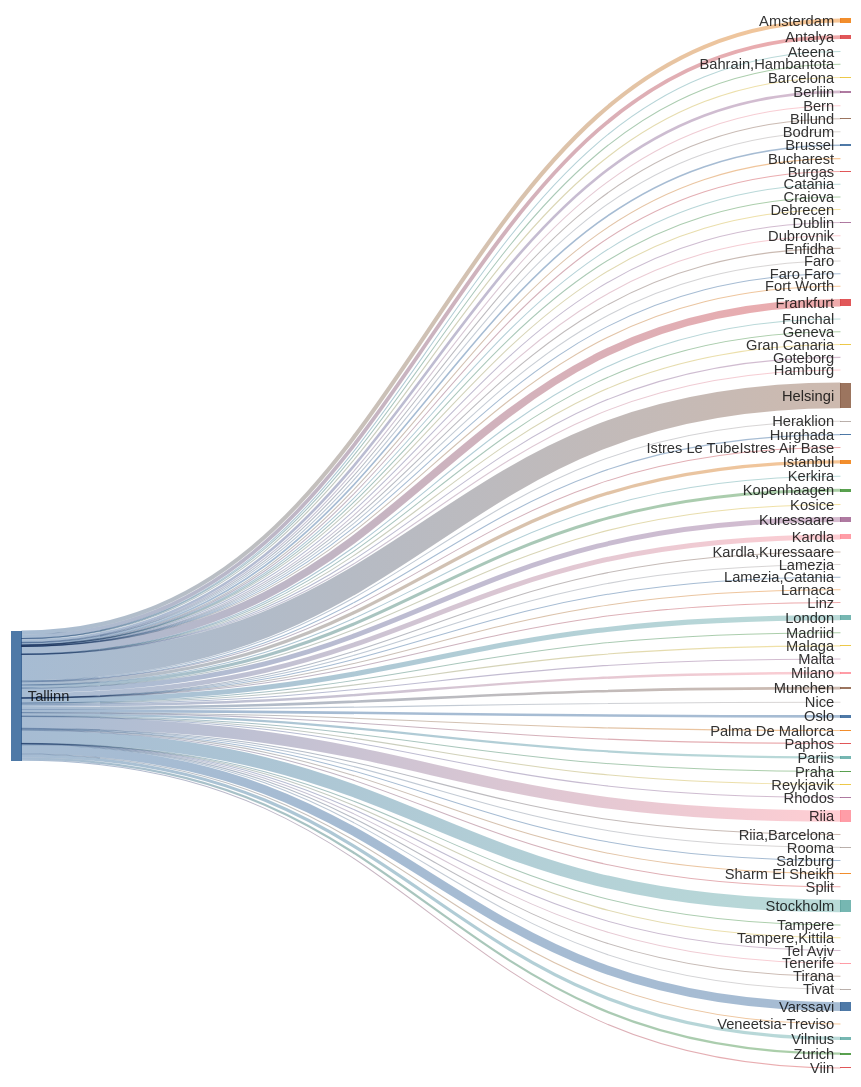
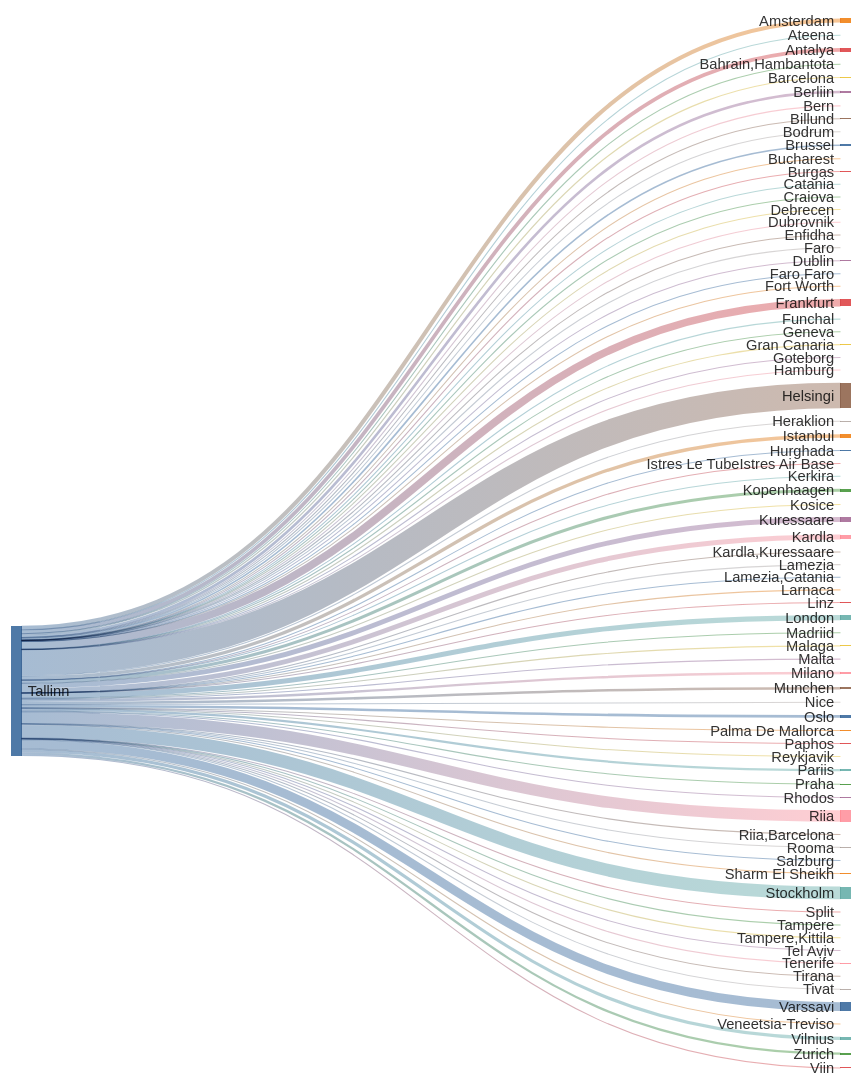
Before and after one commit to rainermesi/tll-airport-departures: the second of 2 diagrams in README.md, drawn with Mermaid. The commit also changed other lines of this file and 1 other file, not shown here.

````diff
--- a/README.md
+++ b/README.md
@@ -41,16 +41,16 @@
 ---
 sankey-beta
 %% source,target,value
-Tallinn,Amsterdam,443
-Tallinn,Antalya,407
+Tallinn,Amsterdam,445
+Tallinn,Antalya,409
 Tallinn,Ateena,16
 Tallinn,"Bahrain,Hambantota",1
-Tallinn,Barcelona,123
+Tallinn,Barcelona,125
 Tallinn,Berliin,284
 Tallinn,Bern,1
-Tallinn,Billund,71
+Tallinn,Billund,72
 Tallinn,Bodrum,11
-Tallinn,Brussel,176
+Tallinn,Brussel,177
 Tallinn,Bucharest,1
 Tallinn,Burgas,50
 Tallinn,Catania,2
@@ -62,30 +62,30 @@
 Tallinn,Faro,4
 Tallinn,"Faro,Faro",1
 Tallinn,Fort Worth,1
-Tallinn,Frankfurt,819
+Tallinn,Frankfurt,822
 Tallinn,Funchal,5
 Tallinn,Geneva,13
 Tallinn,Gran Canaria,38
 Tallinn,Goteborg,2
 Tallinn,Hamburg,2
-Tallinn,Helsingi,2772
-Tallinn,Heraklion,88
+Tallinn,Helsingi,2781
+Tallinn,Heraklion,89
 Tallinn,Hurghada,75
-Tallinn,Istanbul,363
+Tallinn,Istanbul,364
 Tallinn,Istres Le TubeIstres Air Base,2
 Tallinn,Kerkira,4
-Tallinn,Kopenhaagen,330
+Tallinn,Kopenhaagen,331
 Tallinn,Kosice,1
-Tallinn,Kuressaare,526
-Tallinn,Kardla,528
+Tallinn,Kuressaare,528
+Tallinn,Kardla,530
 Tallinn,"Kardla,Kuressaare",1
 Tallinn,Lamezia,1
 Tallinn,"Lamezia,Catania",3
 Tallinn,Larnaca,4
 Tallinn,Linz,2
-Tallinn,London,546
+Tallinn,London,548
 Tallinn,Madriid,2
-Tallinn,Malaga,110
+Tallinn,Malaga,111
 Tallinn,Malta,26
 Tallinn,Milano,266
 Tallinn,Munchen,276
@@ -94,27 +94,27 @@
 Tallinn,Palma De Mallorca,30
 Tallinn,Paphos,66
 Tallinn,Pariis,238
-Tallinn,Praha,77
+Tallinn,Praha,78
 Tallinn,Reykjavik,14
 Tallinn,Rhodos,54
-Tallinn,Riia,1244
+Tallinn,Riia,1249
 Tallinn,"Riia,Barcelona",1
 Tallinn,Rooma,80
 Tallinn,Salzburg,14
 Tallinn,Sharm El Sheikh,100
 Tallinn,Split,47
-Tallinn,Stockholm,1366
+Tallinn,Stockholm,1371
 Tallinn,Tampere,17
 Tallinn,"Tampere,Kittila",21
 Tallinn,Tel Aviv,2
 Tallinn,Tenerife,58
 Tallinn,Tirana,28
 Tallinn,Tivat,58
-Tallinn,Varssavi,956
+Tallinn,Varssavi,959
 Tallinn,Veneetsia-Treviso,67
 Tallinn,Viin,106
-Tallinn,Vilnius,344
-Tallinn,Zurich,243
+Tallinn,Vilnius,345
+Tallinn,Zurich,244
 
 
 ```
````
